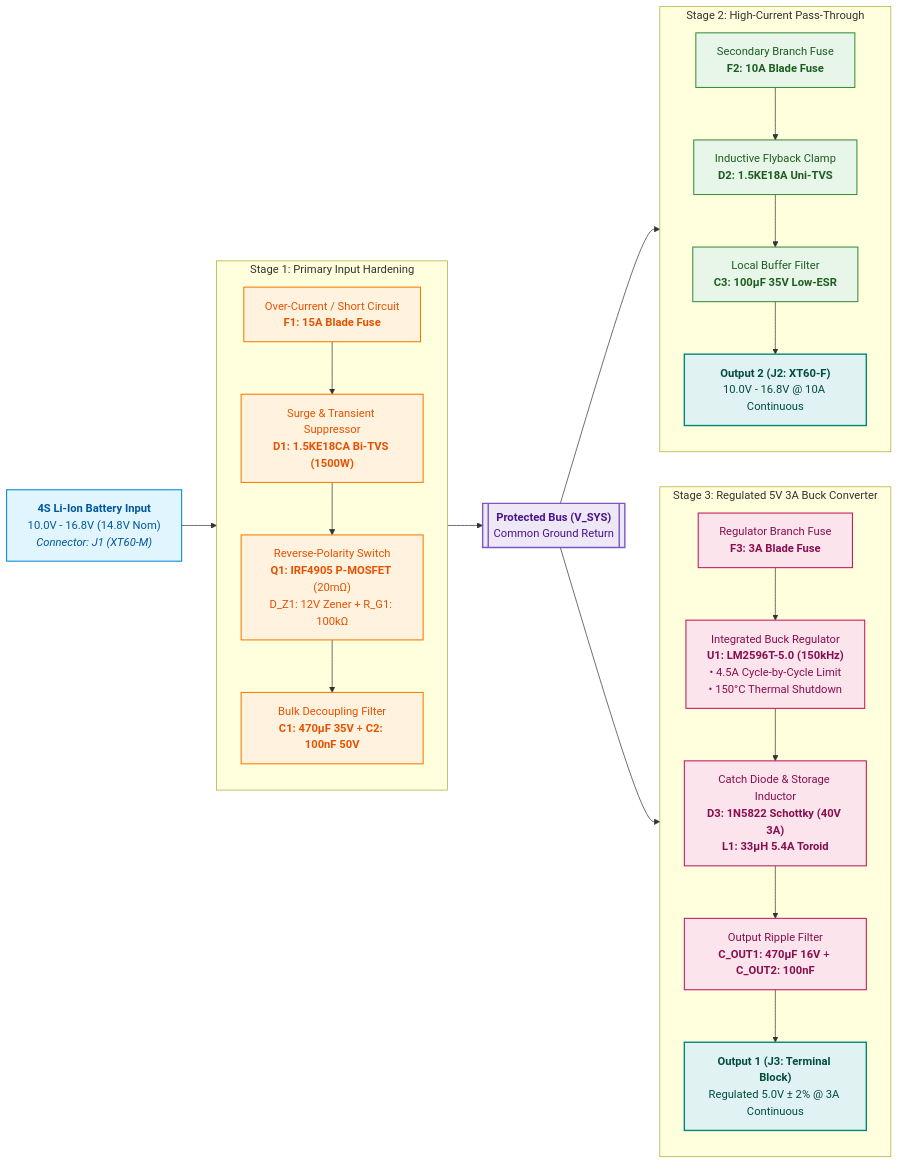
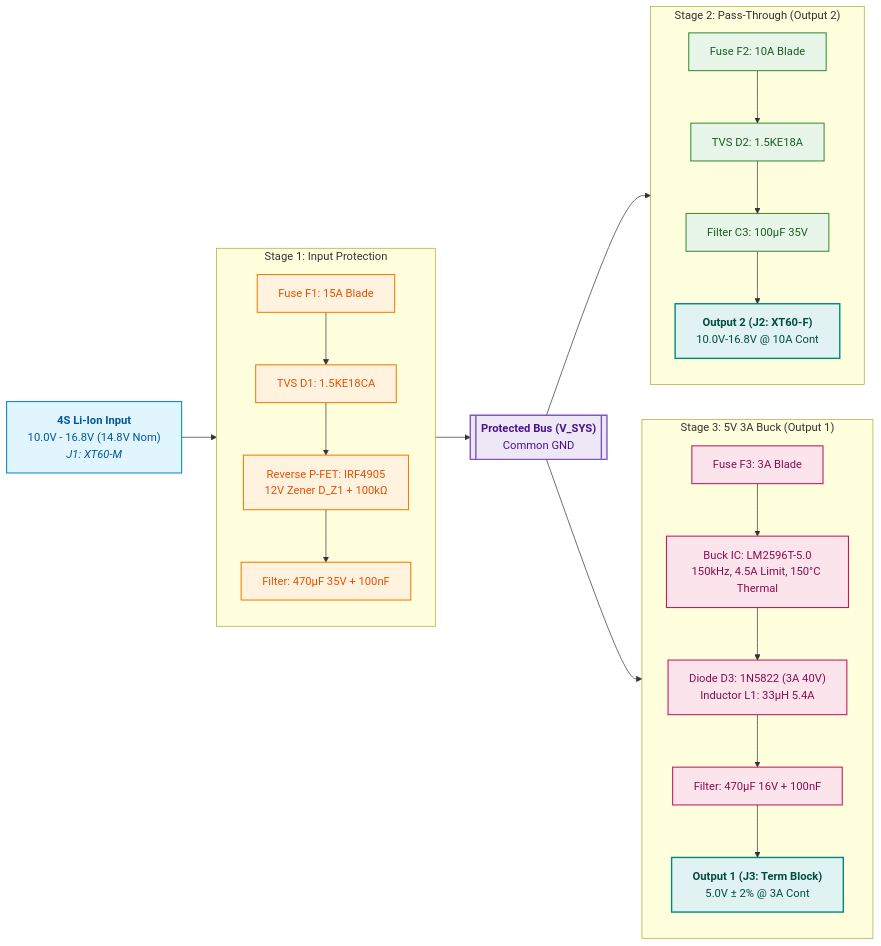
The diagram in docs/battery_protection_board_tht_design_report.md (DeepakRajasekaran/PowerDistributionBoard), drawn with Mermaid before and after one commit. The commit also changed other lines of this file and 1 other file, not shown here.

````diff
--- a/docs/battery_protection_board_tht_design_report.md
+++ b/docs/battery_protection_board_tht_design_report.md
@@ -27,46 +32,46 @@
 ```mermaid
 flowchart LR
     classDef pwr fill:#e1f5fe,stroke:#0288d1,stroke-width:1.5px,color:#01579b;
     classDef s1 fill:#fff3e0,stroke:#f57c00,stroke-width:1.5px,color:#e65100;
     classDef bus fill:#ede7f6,stroke:#7e57c2,stroke-width:2px,color:#4a148c;
     classDef s2 fill:#e8f5e9,stroke:#388e3c,stroke-width:1.5px,color:#1b5e20;
     classDef s3 fill:#fce4ec,stroke:#c2185b,stroke-width:1.5px,color:#880e4f;
     classDef out fill:#e0f2f1,stroke:#00897b,stroke-width:2px,color:#004d40;
 
-    BATT["<b>4S Li-Ion Battery Input</b><br/>10.0V - 16.8V (14.8V Nom)<br/><i>Connector: J1 (XT60-M)</i>"]:::pwr
+    BATT["<b>4S Li-Ion Input</b><br/>10.0V - 16.8V (14.8V Nom)<br/><i>J1: XT60-M</i>"]:::pwr
 
-    subgraph S1 ["Stage 1: Primary Input Hardening"]
+    subgraph S1 ["Stage 1: Input Protection"]
         direction TB
-        F1["Over-Current / Short Circuit<br/><b>F1: 15A Blade Fuse</b>"]:::s1
-        D1["Surge & Transient Suppressor<br/><b>D1: 1.5KE18CA Bi-TVS (1500W)</b>"]:::s1
-        Q1["Reverse-Polarity Switch<br/><b>Q1: IRF4905 P-MOSFET</b> (20mΩ)<br/>D_Z1: 12V Zener + R_G1: 100kΩ"]:::s1
-        C1["Bulk Decoupling Filter<br/><b>C1: 470µF 35V</b> + <b>C2: 100nF 50V</b>"]:::s1
+        F1["Fuse F1: 15A Blade"]:::s1
+        D1["TVS D1: 1.5KE18CA"]:::s1
+        Q1["Reverse P-FET: IRF4905<br/>12V Zener D_Z1 + 100kΩ"]:::s1
+        C1["Filter: 470µF 35V + 100nF"]:::s1
         F1 --> D1 --> Q1 --> C1
     end
 
-    VSYS[["<b>Protected Bus (V_SYS)</b><br/>Common Ground Return"]]:::bus
+    VSYS[["<b>Protected Bus (V_SYS)</b><br/>Common GND"]]:::bus
 
-    subgraph S2 ["Stage 2: High-Current Pass-Through"]
+    subgraph S2 ["Stage 2: Pass-Through (Output 2)"]
         direction TB
-        F2["Secondary Branch Fuse<br/><b>F2: 10A Blade Fuse</b>"]:::s2
-        D2["Inductive Flyback Clamp<br/><b>D2: 1.5KE18A Uni-TVS</b>"]:::s2
-        C3["Local Buffer Filter<br/><b>C3: 100µF 35V Low-ESR</b>"]:::s2
-        OUT2["<b>Output 2 (J2: XT60-F)</b><br/>10.0V - 16.8V @ 10A Continuous"]:::out
+        F2["Fuse F2: 10A Blade"]:::s2
+        D2["TVS D2: 1.5KE18A"]:::s2
+        C3["Filter C3: 100µF 35V"]:::s2
+        OUT2["<b>Output 2 (J2: XT60-F)</b><br/>10.0V-16.8V @ 10A Cont"]:::out
         F2 --> D2 --> C3 --> OUT2
     end
 
-    subgraph S3 ["Stage 3: Regulated 5V 3A Buck Converter"]
+    subgraph S3 ["Stage 3: 5V 3A Buck (Output 1)"]
         direction TB
-        F3["Regulator Branch Fuse<br/><b>F3: 3A Blade Fuse</b>"]:::s3
-        U1["Integrated Buck Regulator<br/><b>U1: LM2596T-5.0 (150kHz)</b><br/>• 4.5A Cycle-by-Cycle Limit<br/>• 150°C Thermal Shutdown"]:::s3
-        D3L1["Catch Diode & Storage Inductor<br/><b>D3: 1N5822 Schottky (40V 3A)</b><br/><b>L1: 33µH 5.4A Toroid</b>"]:::s3
-        COUT["Output Ripple Filter<br/><b>C_OUT1: 470µF 16V</b> + <b>C_OUT2: 100nF</b>"]:::s3
-        OUT1["<b>Output 1 (J3: Terminal Block)</b><br/>Regulated 5.0V ± 2% @ 3A Continuous"]:::out
+        F3["Fuse F3: 3A Blade"]:::s3
+        U1["Buck IC: LM2596T-5.0<br/>150kHz, 4.5A Limit, 150°C Thermal"]:::s3
+        D3L1["Diode D3: 1N5822 (3A 40V)<br/>Inductor L1: 33µH 5.4A"]:::s3
+        COUT["Filter: 470µF 16V + 100nF"]:::s3
+        OUT1["<b>Output 1 (J3: Term Block)</b><br/>5.0V ± 2% @ 3A Cont"]:::out
         F3 --> U1 --> D3L1 --> COUT --> OUT1
     end
 
     BATT --> S1
     S1 --> VSYS
     VSYS --> S2
     VSYS --> S3
 ```
````
